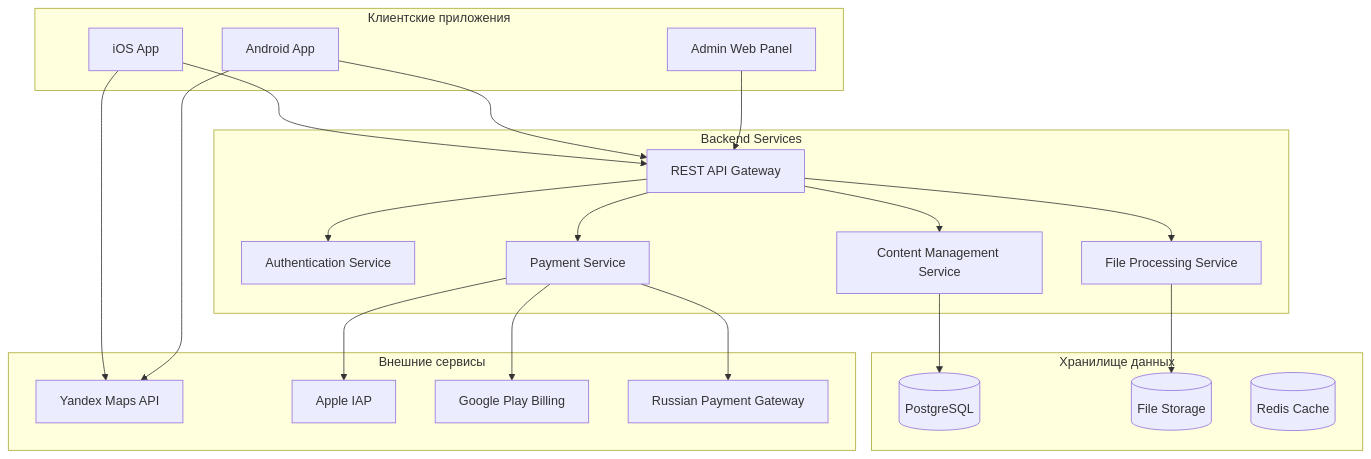
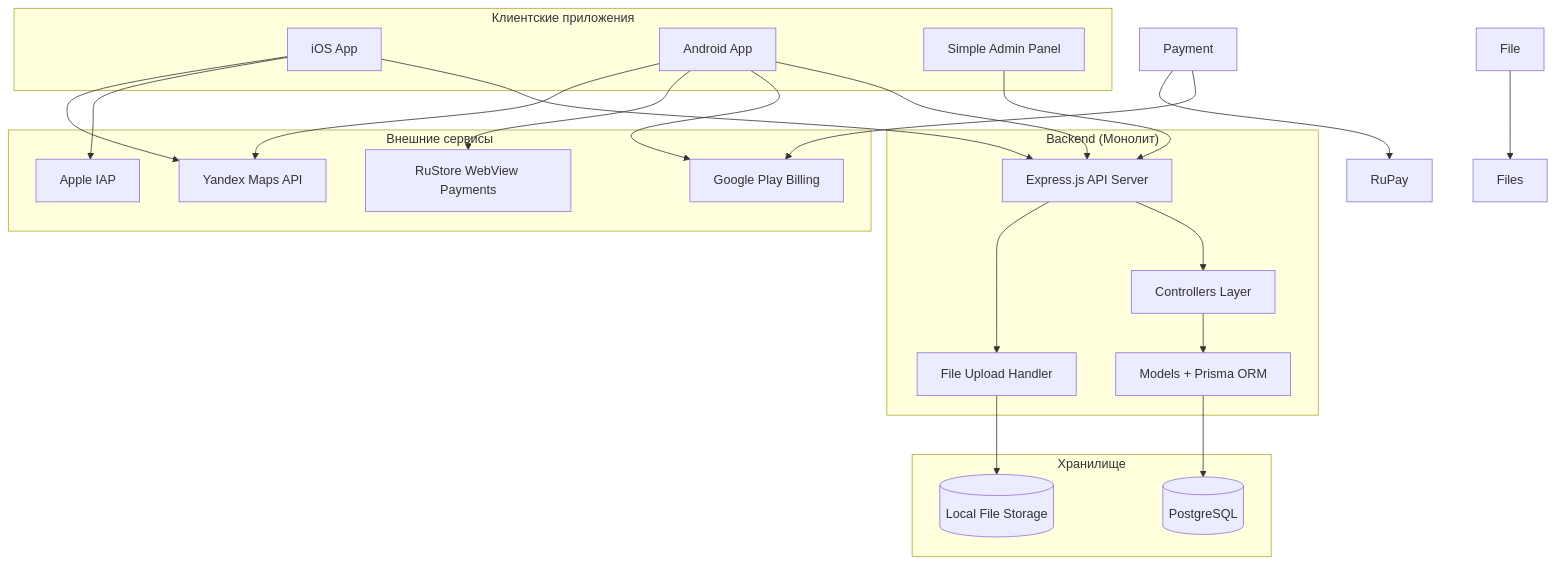
One commit to Xellouey/StambulAudioGid changed the diagram in .kiro/specs/dagestan-audio-guide/design.md. Above: the diagram before and after it, drawn with Mermaid. The commit also changed other lines of this file and 240 other files, not shown here.

First line of the commit message:
feat: Implement task 3.2 - API layer and navigation

````diff
--- a/.kiro/specs/dagestan-audio-guide/design.md
+++ b/.kiro/specs/dagestan-audio-guide/design.md
@@ -11,47 +11,47 @@
 ```mermaid
 graph TB
     subgraph "Клиентские приложения"
         iOS[iOS App]
         Android[Android App]
-        Web[Admin Web Panel]
+        Web[Simple Admin Panel]
     end
     
-    subgraph "Backend Services"
-        API[REST API Gateway]
-        Auth[Authentication Service]
-        Content[Content Management Service]
-        Payment[Payment Service]
-        File[File Processing Service]
+    subgraph "Backend (Монолит)"
+        API[Express.js API Server]
+        Controllers[Controllers Layer]
+        Models[Models + Prisma ORM]
+        FileUpload[File Upload Handler]
     end
     
     subgraph "Внешние сервисы"
         YandexMaps[Yandex Maps API]
         Apple[Apple IAP]
         Google[Google Play Billing]
-        RuPay[Russian Payment Gateway]
+        RuStore[RuStore WebView Payments]
     end
     
-    subgraph "Хранилище данных"
+    subgraph "Хранилище"
         DB[(PostgreSQL)]
-        Files[(File Storage)]
-        Cache[(Redis Cache)]
+        LocalFiles[(Local File Storage)]
     end
     
     iOS --> API
     Android --> API
     Web --> API
     
-    API --> Auth
-    API --> Content
-    API --> Payment
-    API --> File
+    API --> Controllers
+    Controllers --> Models
+    Models --> DB
+    API --> FileUpload
+    FileUpload --> LocalFiles
     
-    Content --> DB
-    Payment --> Apple
+    iOS --> Apple
+    Android --> Google
+    Android --> RuStore
     Payment --> Google
     Payment --> RuPay
     File --> Files
     
     iOS --> YandexMaps
     Android --> YandexMaps
 ```
````
